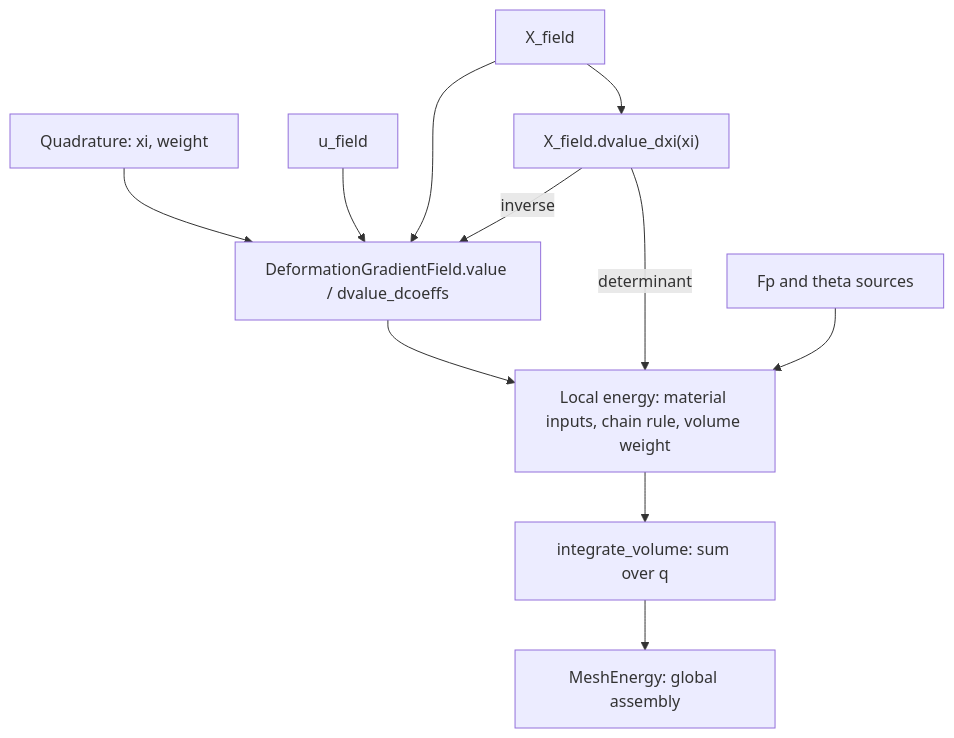
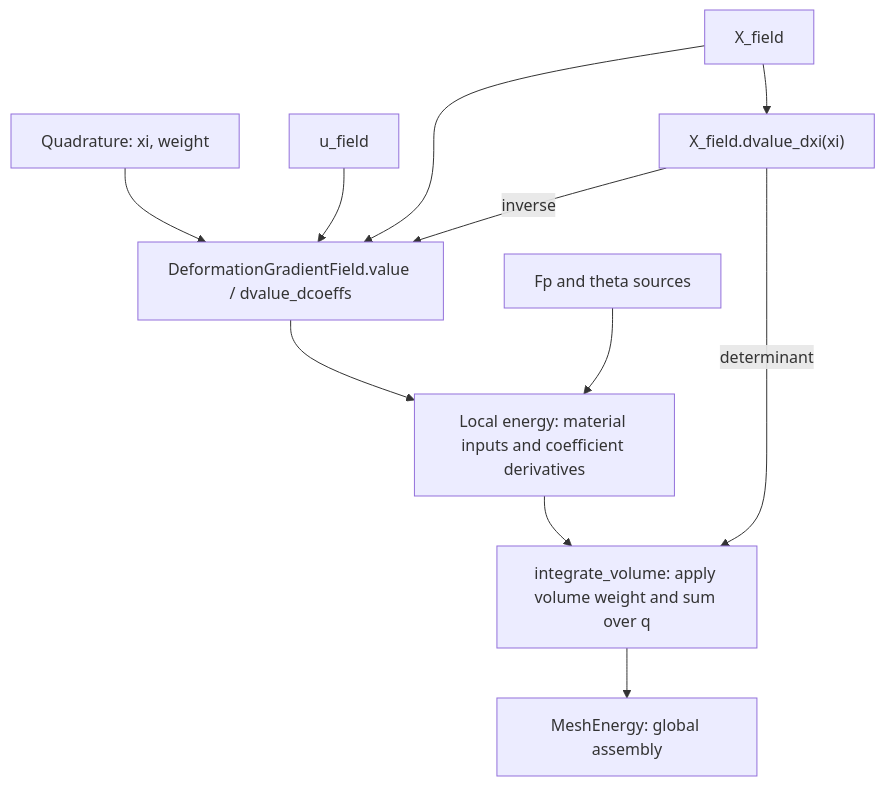
One commit to annajcy/litepgo changed the diagram in example/fem/README.md. Above: the diagram before and after it, drawn with Mermaid. The commit also changed other lines of this file and 14 other files, not shown here.

First line of the commit message:
Separate FEM material densities from volume integration

````diff
--- a/example/fem/README.md
+++ b/example/fem/README.md
@@ -5,13 +5,13 @@
 ```mermaid
 flowchart TD
     Q["Quadrature: xi, weight"] --> D["DeformationGradientField.value / dvalue_dcoeffs"]
     U["u_field"] --> D
     X["X_field"] --> D
-    D --> L["Local energy: material inputs, chain rule, volume weight"]
+    D --> L["Local energy: material inputs and coefficient derivatives"]
     X --> M["X_field.dvalue_dxi(xi)"]
     M -->|inverse| D
-    M -->|determinant| L
+    M -->|determinant| I
     P["Fp and theta sources"] --> L
-    L --> I["integrate_volume: sum over q"]
+    L --> I["integrate_volume: apply volume weight and sum over q"]
     I --> A["MeshEnergy: global assembly"]
 ```
````
